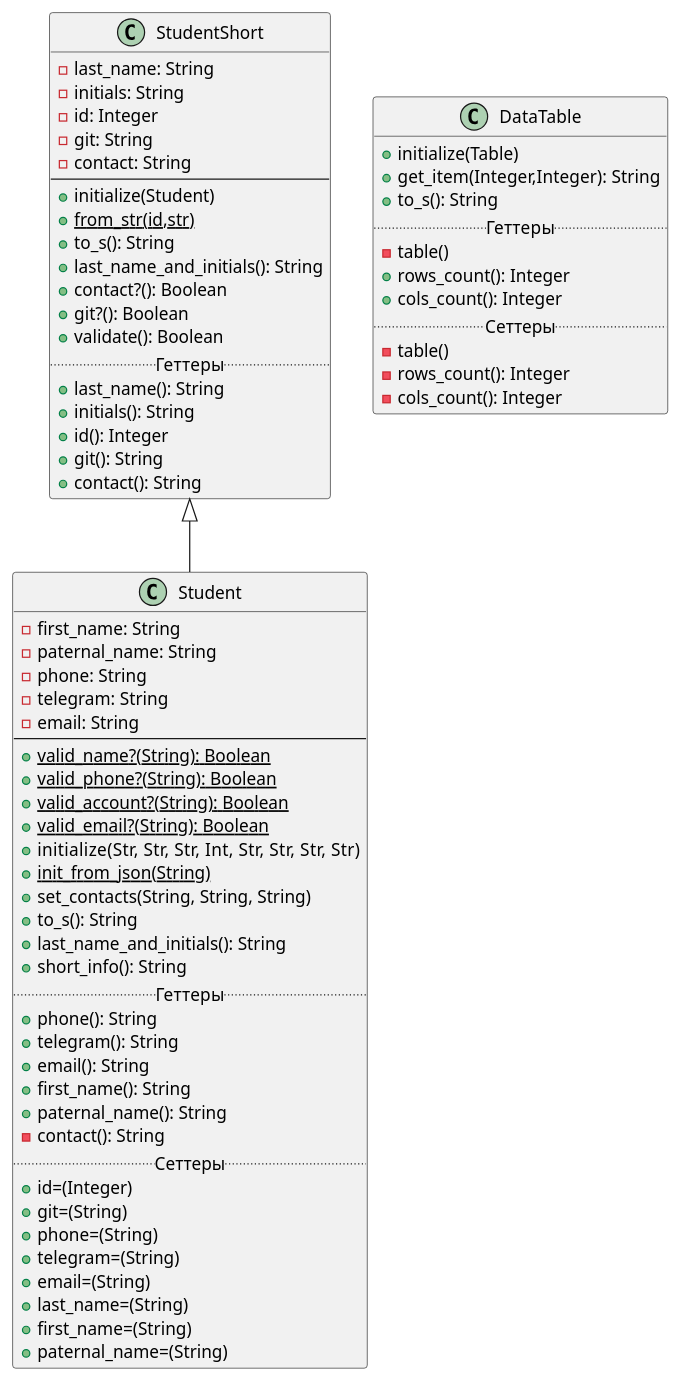
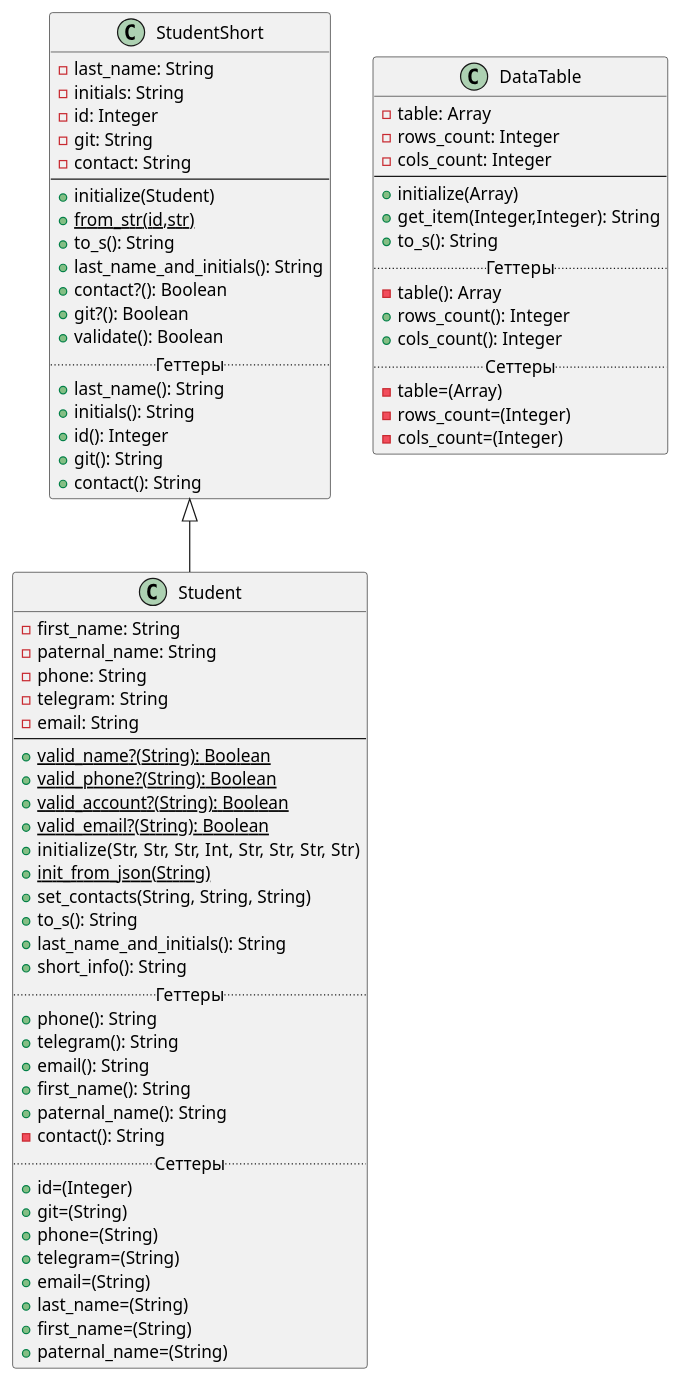
One commit to waasabi13/ruby_labs changed the diagram in Diagrams/class_diagram_lab2.puml. Above: the diagram before and after it, drawn with PlantUML. The commit also changed 1 other file, not shown here.

Commit message:
подправил диаграмму классов

```diff
--- a/Diagrams/class_diagram_lab2.puml
+++ b/Diagrams/class_diagram_lab2.puml
@@ -1,77 +1,81 @@
 @startuml
 'https://plantuml.com/class-diagram
 
 class StudentShort
 {
     -last_name: String
     -initials: String
     -id: Integer
     -git: String
     -contact: String
 --
     +initialize(Student)
     +{static}from_str(id,str)
     +to_s(): String
     +last_name_and_initials(): String
     +contact?(): Boolean
     +git?(): Boolean
     +validate(): Boolean
 .. Геттеры ..
     +last_name(): String
     +initials(): String
     +id(): Integer
     +git(): String
     +contact(): String
 }
 
 class Student extends StudentShort {
     -first_name: String
     -paternal_name: String
     -phone: String
     -telegram: String
     -email: String
 --
     +{static}valid_name?(String): Boolean
     +{static}valid_phone?(String): Boolean
     +{static}valid_account?(String): Boolean
     +{static}valid_email?(String): Boolean
     +initialize(Str, Str, Str, Int, Str, Str, Str, Str)
     +{static}init_from_json(String)
     +set_contacts(String, String, String)
     +to_s(): String
     +last_name_and_initials(): String
     +short_info(): String
     .. Геттеры ..
     +phone(): String
     +telegram(): String
     +email(): String
     +first_name(): String
     +paternal_name(): String
     -contact(): String
     .. Сеттеры ..
     +id=(Integer)
     +git=(String)
     +phone=(String)
     +telegram=(String)
     +email=(String)
     +last_name=(String)
     +first_name=(String)
     +paternal_name=(String)
 }
 
 
 class DataTable
 {
-    +initialize(Table)
+    -table: Array
+    -rows_count: Integer
+    -cols_count: Integer
+--
+    +initialize(Array)
     +get_item(Integer,Integer): String
     +to_s(): String
     ..Геттеры..
-    -table()
+    -table(): Array
     +rows_count(): Integer
     +cols_count(): Integer
     ..Сеттеры..
-    -table()
-    -rows_count(): Integer
-    -cols_count(): Integer
+    -table=(Array)
+    -rows_count=(Integer)
+    -cols_count=(Integer)
 }
 @enduml
```
